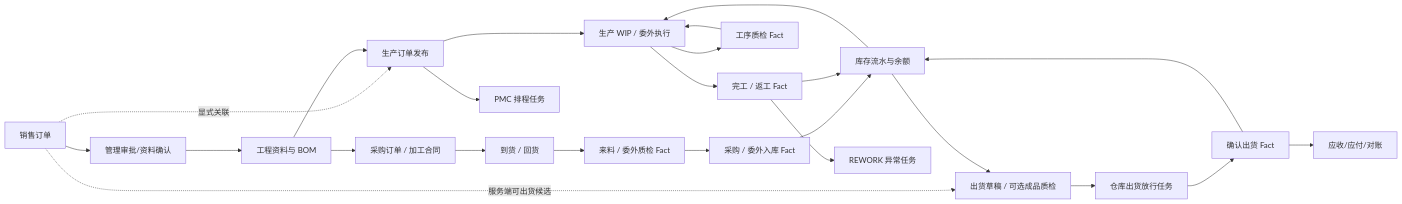
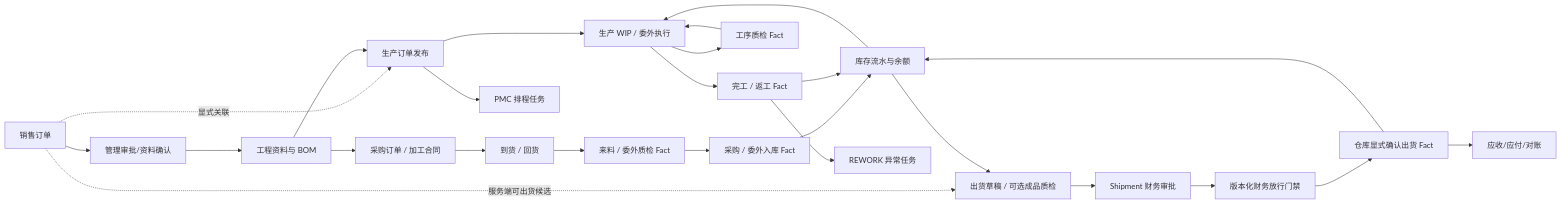
Before and after one commit to saurick/plush-toy-erp: the diagram in docs/workflow/业务与协同流程地图.md, drawn with Mermaid. The commit also changed other lines of this file and 95 other files, not shown here.

````diff
--- a/docs/workflow/业务与协同流程地图.md
+++ b/docs/workflow/业务与协同流程地图.md
@@ -7,26 +7,27 @@
 ```mermaid
 flowchart LR
   sales["销售订单"] --> review["管理审批/资料确认"]
   review --> engineering["工程资料与 BOM"]
   sales -. "显式关联" .-> productionOrder["生产订单发布"]
   engineering --> productionOrder
   engineering --> sourcing["采购订单 / 加工合同"]
   sourcing --> arrival["到货 / 回货"]
   arrival --> qc["来料 / 委外质检 Fact"]
   qc --> inbound["采购 / 委外入库 Fact"]
   inbound --> inventory["库存流水与余额"]
   productionOrder --> scheduling["PMC 排程任务"]
   productionOrder --> wip["生产 WIP / 委外执行"]
   inventory --> wip
   wip --> stageQc["工序质检 Fact"]
   stageQc --> wip
   wip --> production["完工 / 返工 Fact"]
   production --> exception["REWORK 异常任务"]
   production --> inventory
   sales -. "服务端可出货候选" .-> shipmentDraft["出货草稿 / 可选成品质检"]
   inventory --> shipmentDraft
-  shipmentDraft --> release["仓库出货放行任务"]
-  release --> shipment["确认出货 Fact"]
+  shipmentDraft --> financeApproval["Shipment 财务审批"]
+  financeApproval --> financeGate["版本化财务放行门禁"]
+  financeGate --> shipment["仓库显式确认出货 Fact"]
   shipment --> inventory
   shipment --> settlement["应收/应付/对账"]
 ```
````
